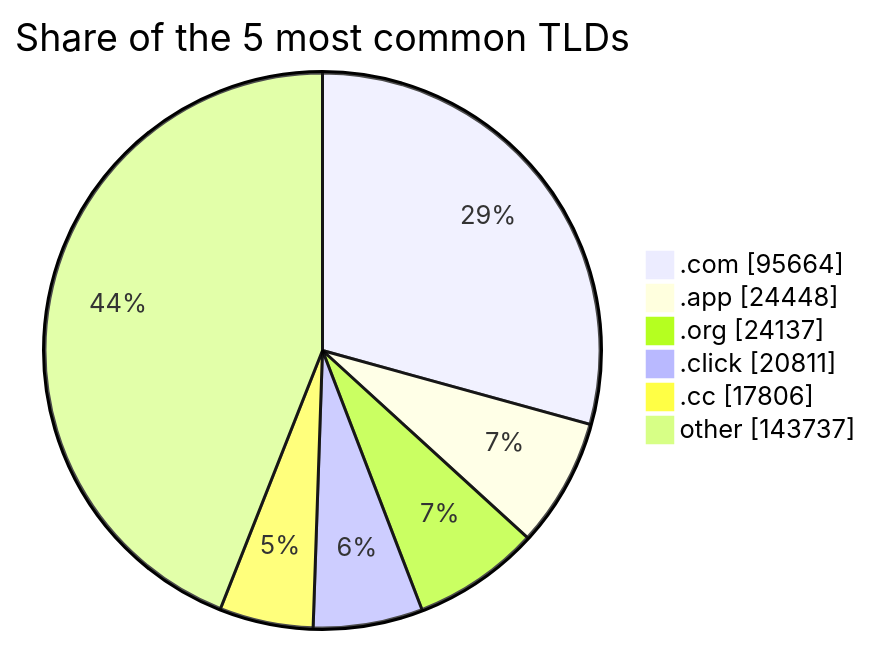
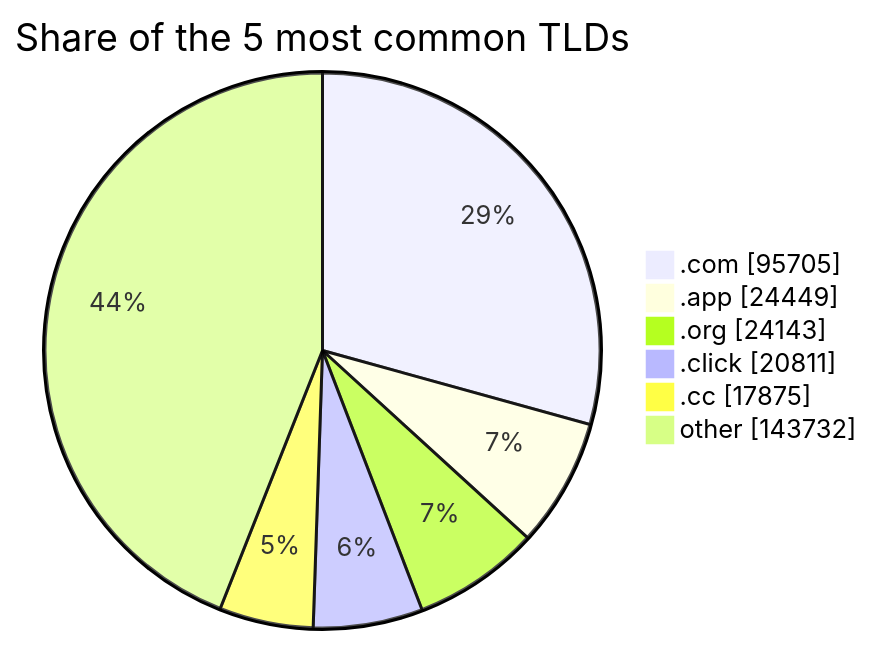
The third of 3 diagrams in README.md (DNSBunker/CTI), drawn with Mermaid before and after one commit. The commit also changed other lines of this file and 4 other files, not shown here.

````diff
--- a/README.md
+++ b/README.md
@@ -81,9 +81,9 @@
 ```mermaid
 pie showData title Share of the 5 most common TLDs
-    ".com" : 95664
-    ".app" : 24448
-    ".org" : 24137
+    ".com" : 95705
+    ".app" : 24449
+    ".org" : 24143
     ".click" : 20811
-    ".cc" : 17806
-    "other" : 143737
+    ".cc" : 17875
+    "other" : 143732
 ```
````
